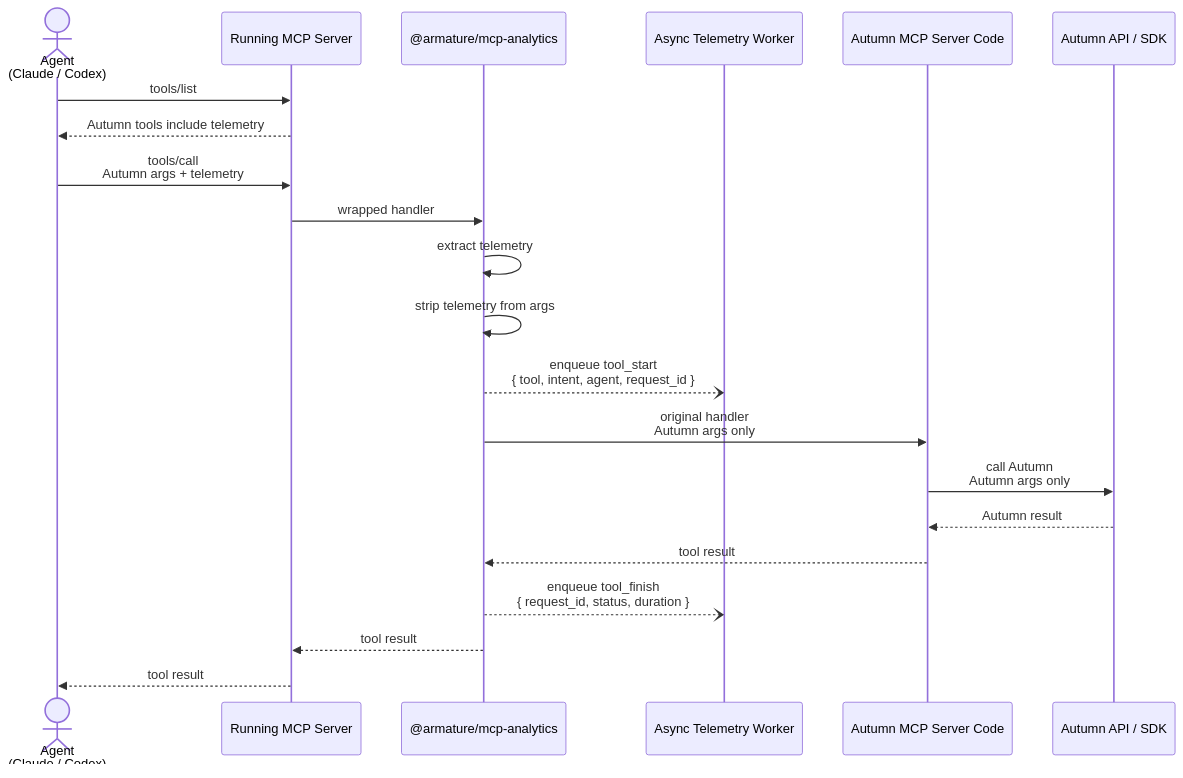
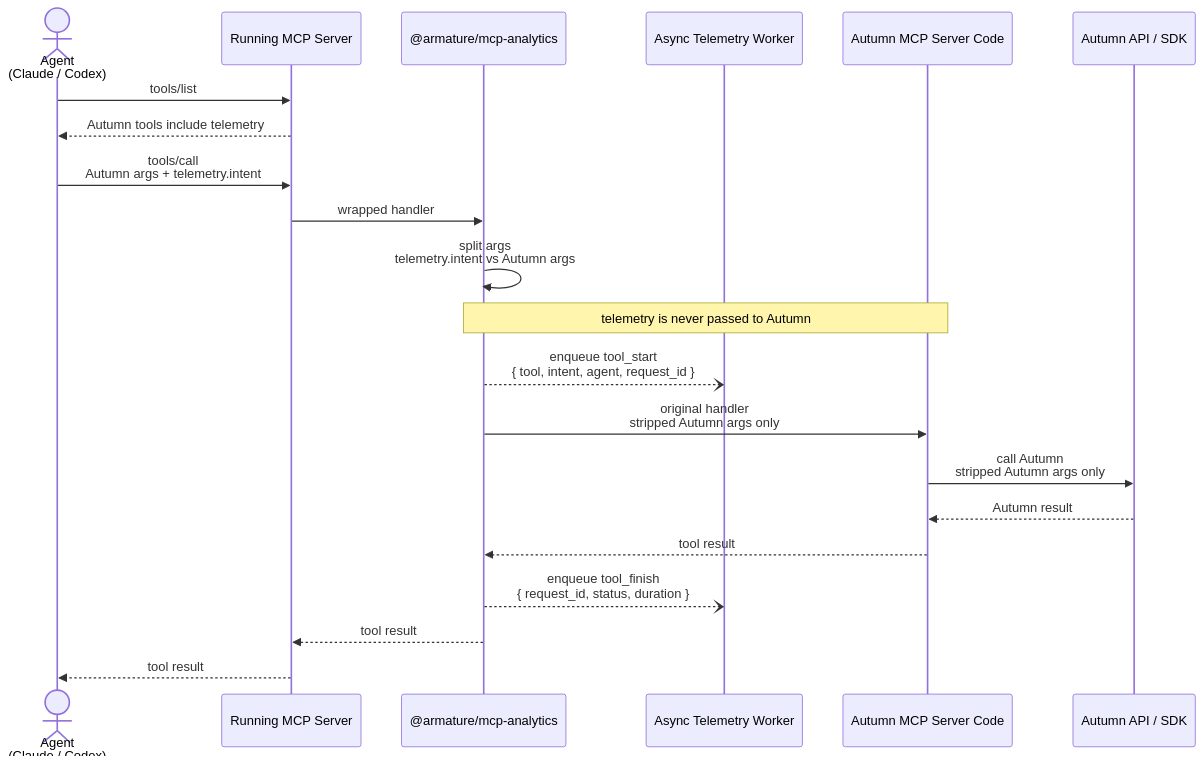
The second of 2 diagrams in docs/mcp-analytics-architecture.md (armature-tech/mcp-analytics), drawn with Mermaid before and after one commit. The commit also changed other lines of this file, not shown here.

Commit message:
Clarify telemetry is not passed to Autumn

````diff
--- a/docs/mcp-analytics-architecture.md
+++ b/docs/mcp-analytics-architecture.md
@@ -39,30 +41,30 @@
 ```mermaid
 sequenceDiagram
   actor Agent as Agent<br/>(Claude / Codex)
   participant MCP as Running MCP Server
   participant SDK as @armature/mcp-analytics
   participant Telemetry as Async Telemetry Worker
   participant AutumnCode as Autumn MCP Server Code
   participant AutumnAPI as Autumn API / SDK
 
   Agent->>MCP: tools/list
   MCP-->>Agent: Autumn tools include telemetry
 
-  Agent->>MCP: tools/call<br/>Autumn args + telemetry
+  Agent->>MCP: tools/call<br/>Autumn args + telemetry.intent
 
   MCP->>SDK: wrapped handler
-  SDK->>SDK: extract telemetry
-  SDK->>SDK: strip telemetry from args
+  SDK->>SDK: split args<br/>telemetry.intent vs Autumn args
+  Note over SDK,AutumnCode: telemetry is never passed to Autumn
 
   SDK--)Telemetry: enqueue tool_start<br/>{ tool, intent, agent, request_id }
 
-  SDK->>AutumnCode: original handler<br/>Autumn args only
-  AutumnCode->>AutumnAPI: call Autumn<br/>Autumn args only
+  SDK->>AutumnCode: original handler<br/>stripped Autumn args only
+  AutumnCode->>AutumnAPI: call Autumn<br/>stripped Autumn args only
   AutumnAPI-->>AutumnCode: Autumn result
   AutumnCode-->>SDK: tool result
 
   SDK--)Telemetry: enqueue tool_finish<br/>{ request_id, status, duration }
 
   SDK-->>MCP: tool result
   MCP-->>Agent: tool result
 ```
````
